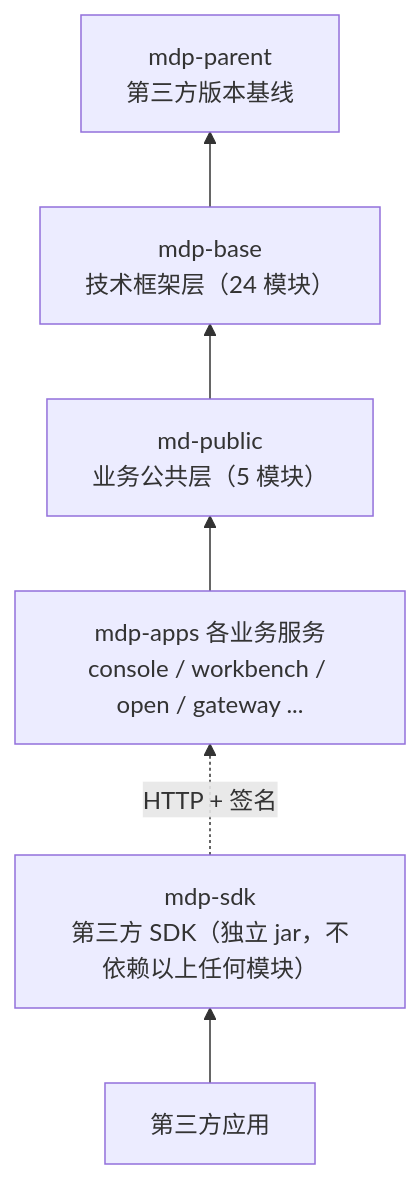
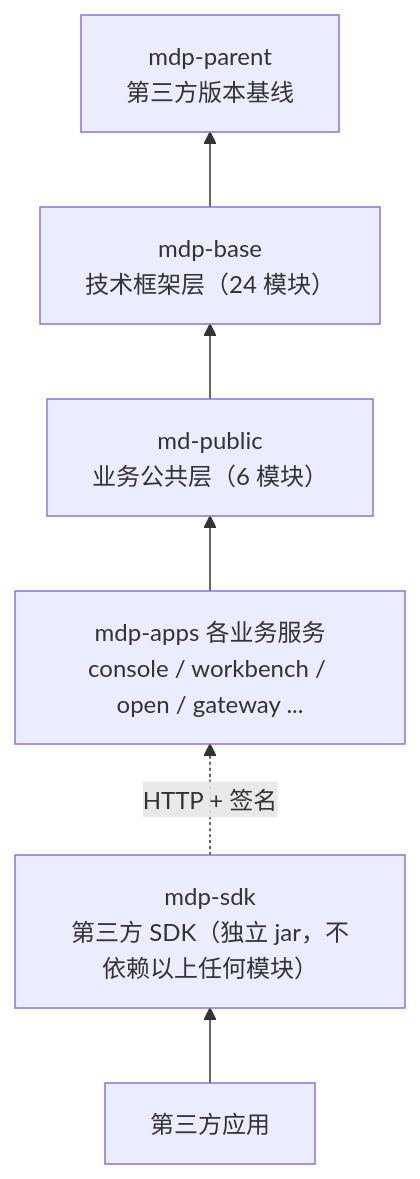
Before and after one commit to henhen6/mdp-docs: the diagram in src/doc/source/README.md, drawn with Mermaid. The commit also changed other lines of this file and 29 other files, not shown here.

````diff
--- a/src/doc/source/README.md
+++ b/src/doc/source/README.md
@@ -32,15 +32,15 @@
 ```mermaid
 flowchart BT
     parent["mdp-parent<br/>第三方版本基线"]
     base["mdp-base<br/>技术框架层（24 模块）"]
-    public["md-public<br/>业务公共层（5 模块）"]
+    public["md-public<br/>业务公共层（6 模块）"]
     apps["mdp-apps 各业务服务<br/>console / workbench / open / gateway ..."]
     sdk["mdp-sdk<br/>第三方 SDK（独立 jar，不依赖以上任何模块）"]
     third["第三方应用"]
 
     base --> parent
     public --> base
     apps --> public
     third --> sdk
     sdk -. "HTTP + 签名" .-> apps
 ```
````
